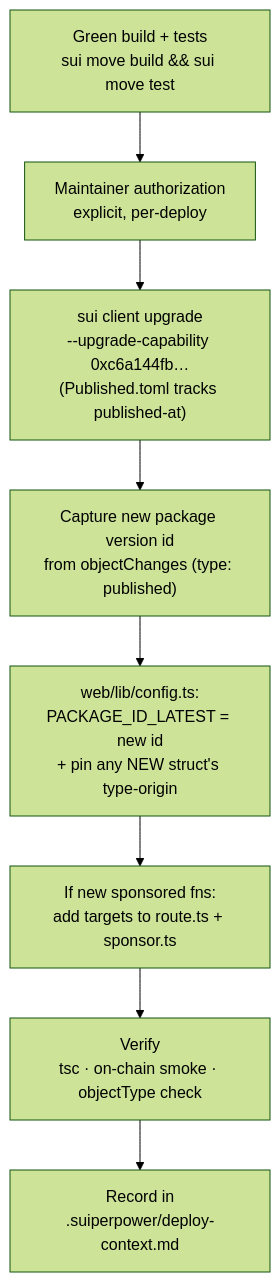
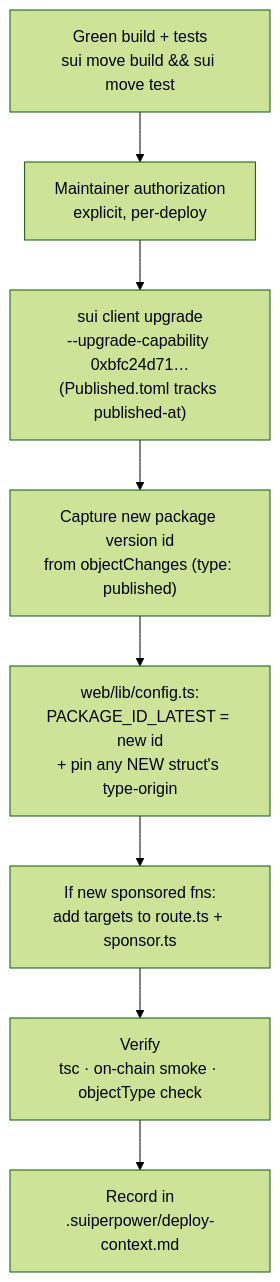
Before and after one commit to hostit-events/hostit-sui: the diagram in DEPLOYING.md, drawn with Mermaid (forest theme). The commit also changed other lines of this file and 4 other files, not shown here.

````diff
--- a/DEPLOYING.md
+++ b/DEPLOYING.md
@@ -36,10 +60,10 @@
 ```mermaid
 flowchart TD
   A["Green build + tests<br/>sui move build &amp;&amp; sui move test"] --> B["Maintainer authorization<br/>explicit, per-deploy"]
-  B --> C["sui client upgrade<br/>--upgrade-capability 0xc6a144fb…<br/>(Published.toml tracks published-at)"]
+  B --> C["sui client upgrade<br/>--upgrade-capability 0xbfc24d71…<br/>(Published.toml tracks published-at)"]
   C --> D["Capture new package version id<br/>from objectChanges (type: published)"]
   D --> E["web/lib/config.ts:<br/>PACKAGE_ID_LATEST = new id<br/>+ pin any NEW struct's type-origin"]
   E --> F["If new sponsored fns:<br/>add targets to route.ts + sponsor.ts"]
   F --> G["Verify<br/>tsc · on-chain smoke · objectType check"]
   G --> H["Record in<br/>.suiperpower/deploy-context.md"]
 ```
````
